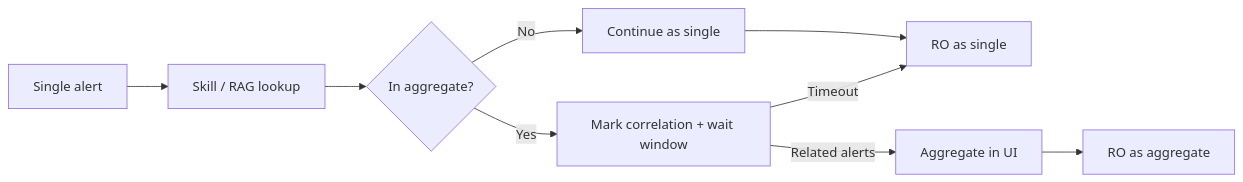
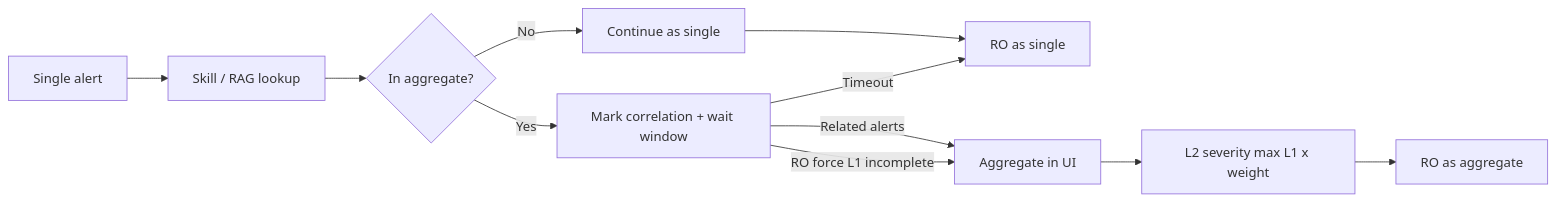
Diagram 11 of 11 in platform/docs/PRD.md (hxyan2020/PRD), drawn with Mermaid before and after one commit. The commit also changed other lines of this file and 17 other files, not shown here.

First line of the commit message:
Document recent FR-39/40 and threshold-flow demos in EN+zh-Hant

````diff
--- a/platform/docs/PRD.md
+++ b/platform/docs/PRD.md
@@ -390,11 +390,13 @@
 ```mermaid
 flowchart LR
   A[Single alert] --> B[Skill / RAG lookup]
   B --> C{In aggregate?}
   C -->|No| D[Continue as single]
   D --> E[RO as single]
   C -->|Yes| F[Mark correlation + wait window]
   F -->|Timeout| E
   F -->|Related alerts| G[Aggregate in UI]
-  G --> H[RO as aggregate]
+  F -->|RO force L1 incomplete| G
+  G --> S[L2 severity max L1 x weight]
+  S --> H[RO as aggregate]
 ```
````
